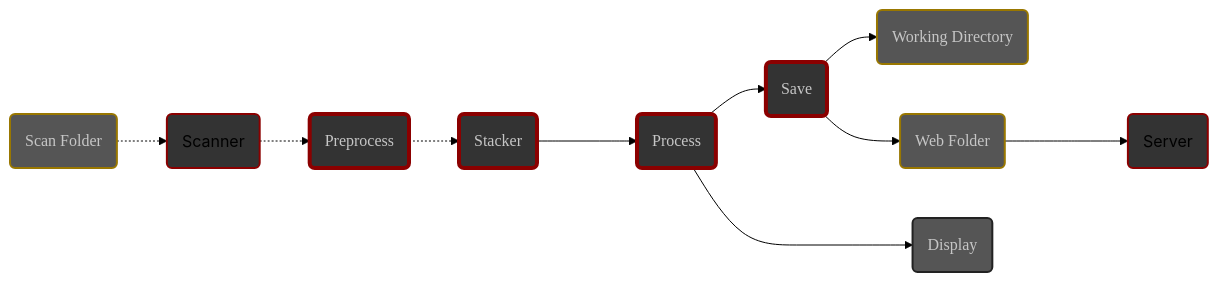
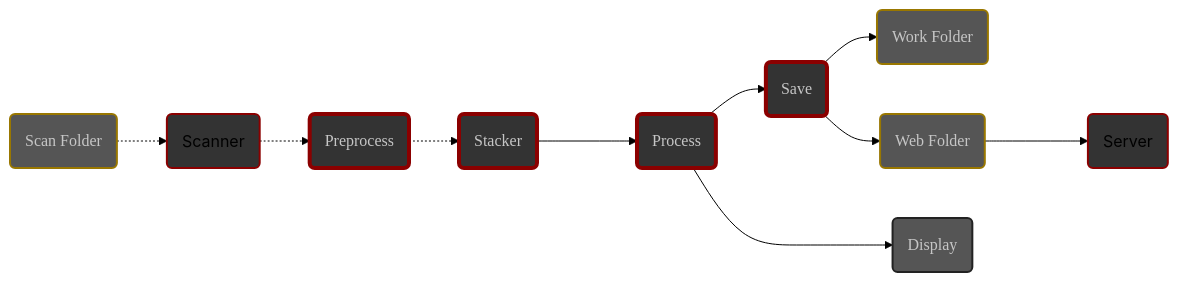
One commit to deufrai/als changed the diagram in content/en/docs/v0.7/userguide/concepts.md. Above: the diagram before and after it, drawn with Mermaid (forest theme). The commit also changed other lines of this file, not shown here.

Commit message:
fix EN flowchart label in EN concepts

````diff
--- a/content/en/docs/v0.7/userguide/concepts.md
+++ b/content/en/docs/v0.7/userguide/concepts.md
@@ -67,30 +67,30 @@
 ```mermaid
 graph LR
 
         B(Preprocess) -.-> C(Stacker)
         C ---> D(Process)
         D --> E(Save)
 
 
-    S(Scan Folder) -.-> A(Scanner)
+    S(Scan Folder) -.-> A(Scanner)        
     A -.-> B
-    E --> F(Working Directory)
+    E --> F(Work Folder)
     E --> G(Web Folder)
     G ---> H(Server)
     D ---> I(Display)
 
 
     style A fill:#333,stroke:darkred,stroke-width:2px
     style B fill:#333,stroke:darkred,stroke-width:4px,color:#c6c6c6,font-family:'Poppins',sans-serif
     style C fill:#333,stroke:darkred,stroke-width:4px,color:#c6c6c6,font-family:'Poppins',sans-serif
     style D fill:#333,stroke:darkred,stroke-width:4px,color:#c6c6c6,font-family:'Poppins',sans-serif
     style E fill:#333,stroke:darkred,stroke-width:4px,color:#c6c6c6,font-family:'Poppins',sans-serif
 
     style F fill:#555,stroke:#970,stroke-width:2px,color:#c6c6c6,font-family:'Poppins',sans-serif
     style G fill:#555,stroke:#970,stroke-width:2px,color:#c6c6c6,font-family:'Poppins',sans-serif
     style S fill:#555,stroke:#970,stroke-width:2px,color:#c6c6c6,font-family:'Poppins',sans-serif
-
+    
     style I fill:#555,stroke:#222,stroke-width:2px,color:#c6c6c6,font-family:'Poppins',sans-serif
 
     style H fill:#333,stroke:darkred,stroke-width:2px
 ```
````
